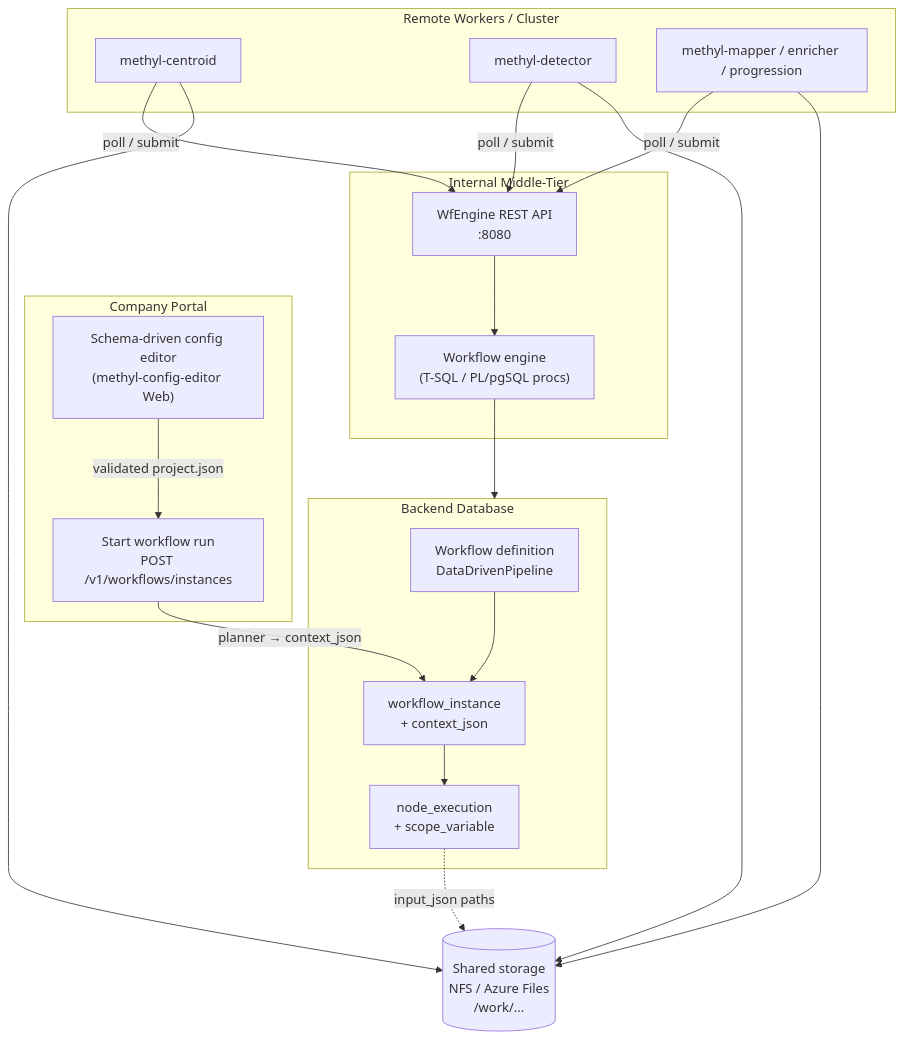
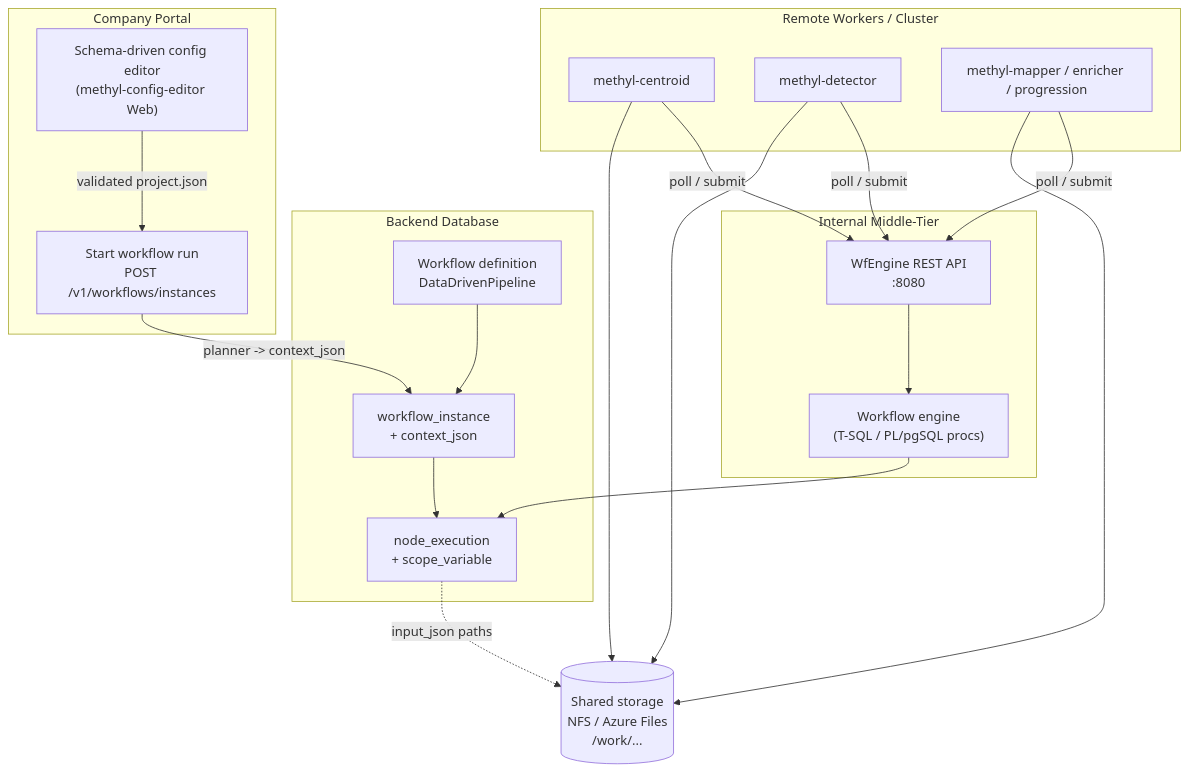
One commit to Goliath-Research/GoliathWorkflow changed the first of 11 diagrams in workflow_engine/docs/pipeline_architecture.qmd. Above: the diagram before and after it, drawn with Mermaid. The commit also changed other lines of this file and 20 other files, not shown here.

First line of the commit message:
Enhance pipeline architecture documentation and integrate Mermaid for diagram rendering

````diff
--- a/workflow_engine/docs/pipeline_architecture.qmd
+++ b/workflow_engine/docs/pipeline_architecture.qmd
@@ -36,32 +69,36 @@
 ```mermaid
 flowchart TB
-  subgraph portal [Company Portal]
-    editor["Schema-driven config editor\n(methyl-config-editor Web)"]
-    run["Start workflow run\nPOST /v1/workflows/instances"]
+  subgraph portal ["Company Portal"]
+    editor["Schema-driven config editor<br/>(methyl-config-editor Web)"]
+    run["Start workflow run<br/>POST /v1/workflows/instances"]
   end
-  subgraph db [Backend Database]
-    def["Workflow definition\nDataDrivenPipeline"]
-    inst["workflow_instance\n+ context_json"]
-    exec["node_execution\n+ scope_variable"]
+  subgraph database ["Backend Database"]
+    wfDef["Workflow definition<br/>DataDrivenPipeline"]
+    inst["workflow_instance<br/>+ context_json"]
+    nexec["node_execution<br/>+ scope_variable"]
   end
-  subgraph mt [Internal Middle-Tier]
-    rest["WfEngine REST API\n:8080"]
-    engine["Workflow engine\n(T-SQL / PL/pgSQL procs)"]
+  subgraph mt ["Internal Middle-Tier"]
+    rest["WfEngine REST API<br/>:8080"]
+    engine["Workflow engine<br/>(T-SQL / PL/pgSQL procs)"]
   end
-  subgraph workers [Remote Workers / Cluster]
+  subgraph workers ["Remote Workers / Cluster"]
     w1["methyl-centroid"]
     w2["methyl-detector"]
     w3["methyl-mapper / enricher / progression"]
   end
-  storage[("Shared storage\nNFS / Azure Files\n/work/...")]
+  storage[("Shared storage<br/>NFS / Azure Files<br/>/work/...")]
 
   editor -->|"validated project.json"| run
-  run -->|"planner → context_json"| inst
-  def --> inst
-  inst --> exec
+  run -->|"planner -> context_json"| inst
+  wfDef --> inst
+  inst --> nexec
   rest --> engine
-  engine --> db
-  w1 & w2 & w3 -->|"poll / submit"| rest
-  w1 & w2 & w3 --> storage
-  exec -.->|"input_json paths"| storage
+  engine --> nexec
+  w1 -->|"poll / submit"| rest
+  w2 -->|"poll / submit"| rest
+  w3 -->|"poll / submit"| rest
+  w1 --> storage
+  w2 --> storage
+  w3 --> storage
+  nexec -.->|"input_json paths"| storage
 ```
````
